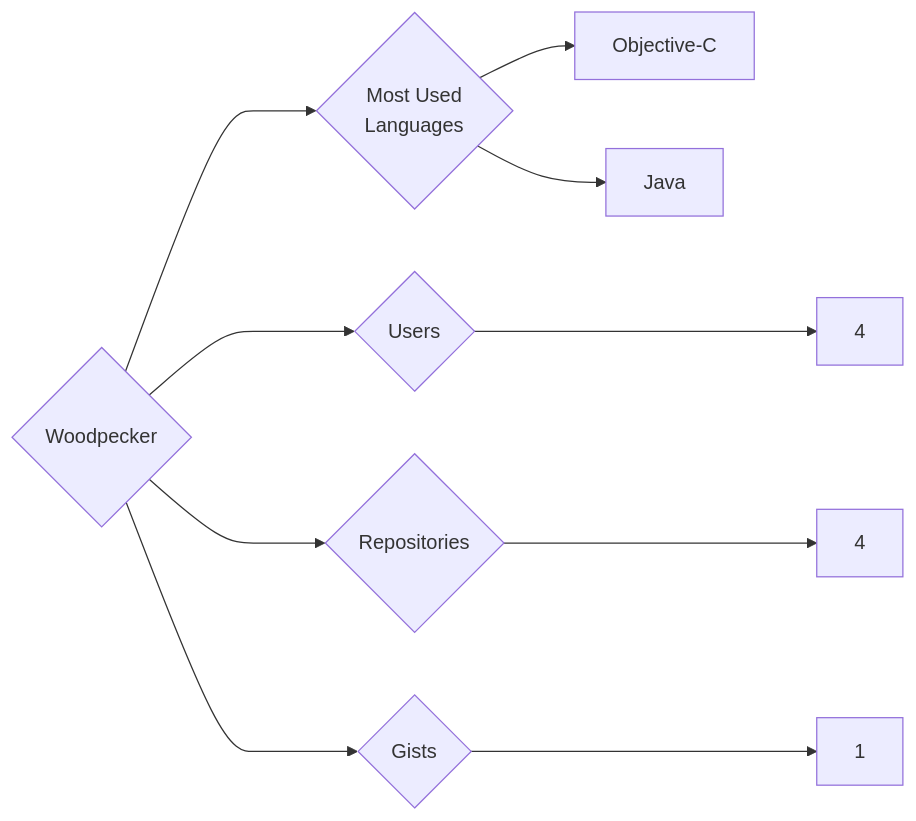
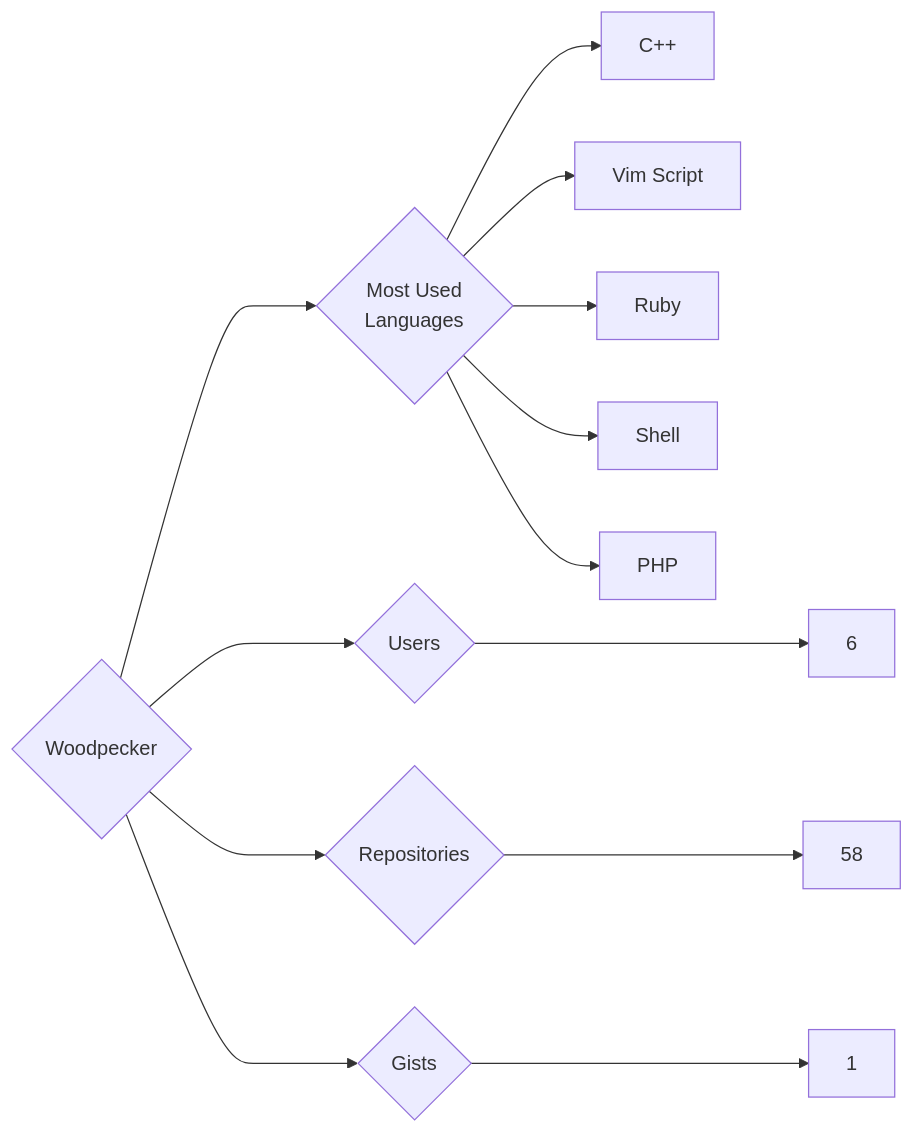
The diagram in targets/Woodpecker/README.md (trickest/insiders), drawn with Mermaid before and after one commit. The commit also changed 1389 other files, not shown here.

````diff
--- a/targets/Woodpecker/README.md
+++ b/targets/Woodpecker/README.md
@@ -3,10 +3,13 @@
 ```mermaid
 graph LR
 COMPANY_NAME{Woodpecker}
-COMPANY_NAME ---> U{Users} ---> UN[4]
-COMPANY_NAME ---> R{Repositories} ---> RN[4]
+COMPANY_NAME ---> U{Users} ---> UN[6]
+COMPANY_NAME ---> R{Repositories} ---> RN[58]
 COMPANY_NAME ---> G{Gists} ---> GN[1]
 COMPANY_NAME ---> ML{Most Used<br>Languages}
-ML --> Objective-C[Objective-C]
-ML --> Java[Java]
+ML --> C++[C++]
+ML --> Vim_Script[Vim Script]
+ML --> Ruby[Ruby]
+ML --> Shell[Shell]
+ML --> PHP[PHP]
 ```
````
